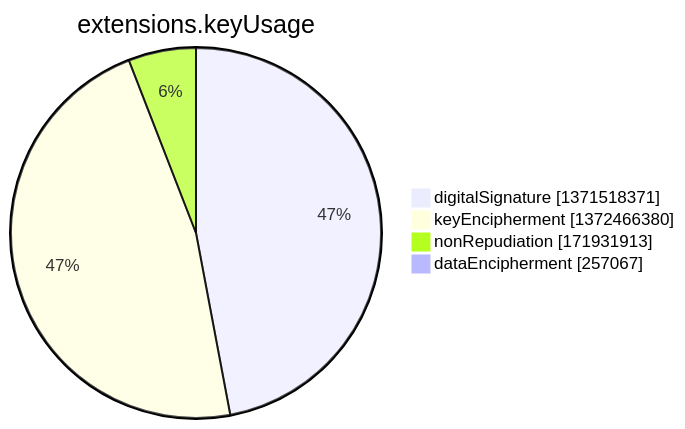
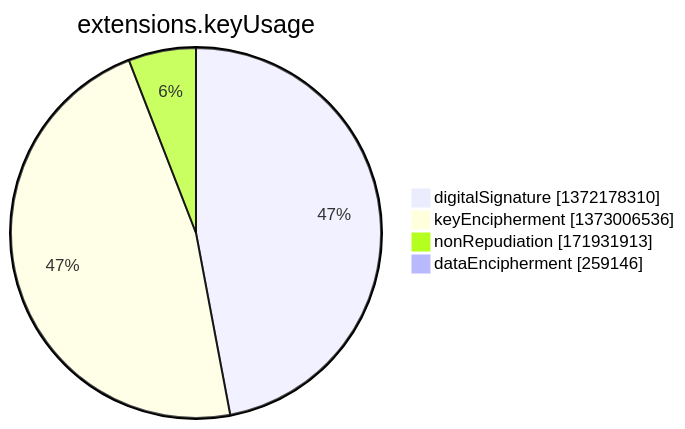
Before and after one commit to christiankrug/ctmonitor_visualization: the seventh of 15 diagrams in argon2022/README.md, drawn with Mermaid. The commit also changed other lines of this file, not shown here.

````diff
--- a/argon2022/README.md
+++ b/argon2022/README.md
@@ -2751,8 +2751,8 @@
 ```mermaid
 pie showData
 title extensions.keyUsage
-"digitalSignature" :1371518371
-"keyEncipherment" :1372466380
+"digitalSignature" :1372178310
+"keyEncipherment" :1373006536
 "nonRepudiation" :171931913
-"dataEncipherment" :257067
+"dataEncipherment" :259146
 ```
````
